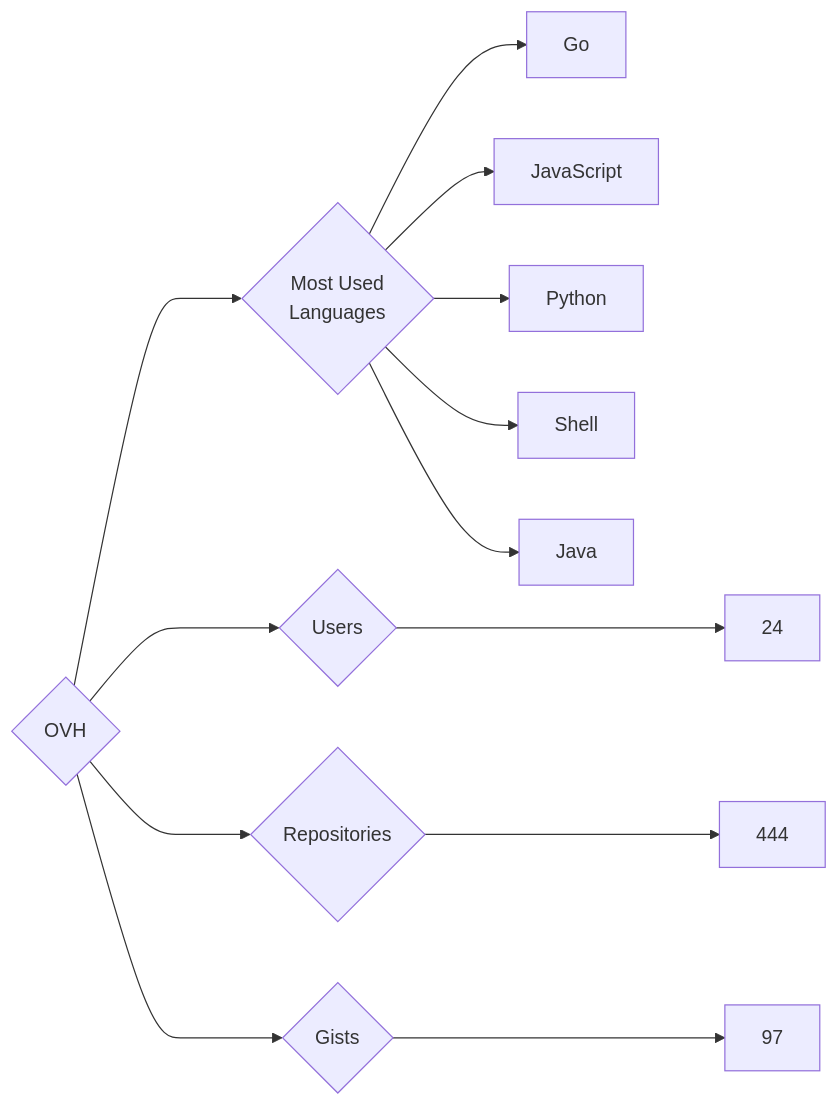
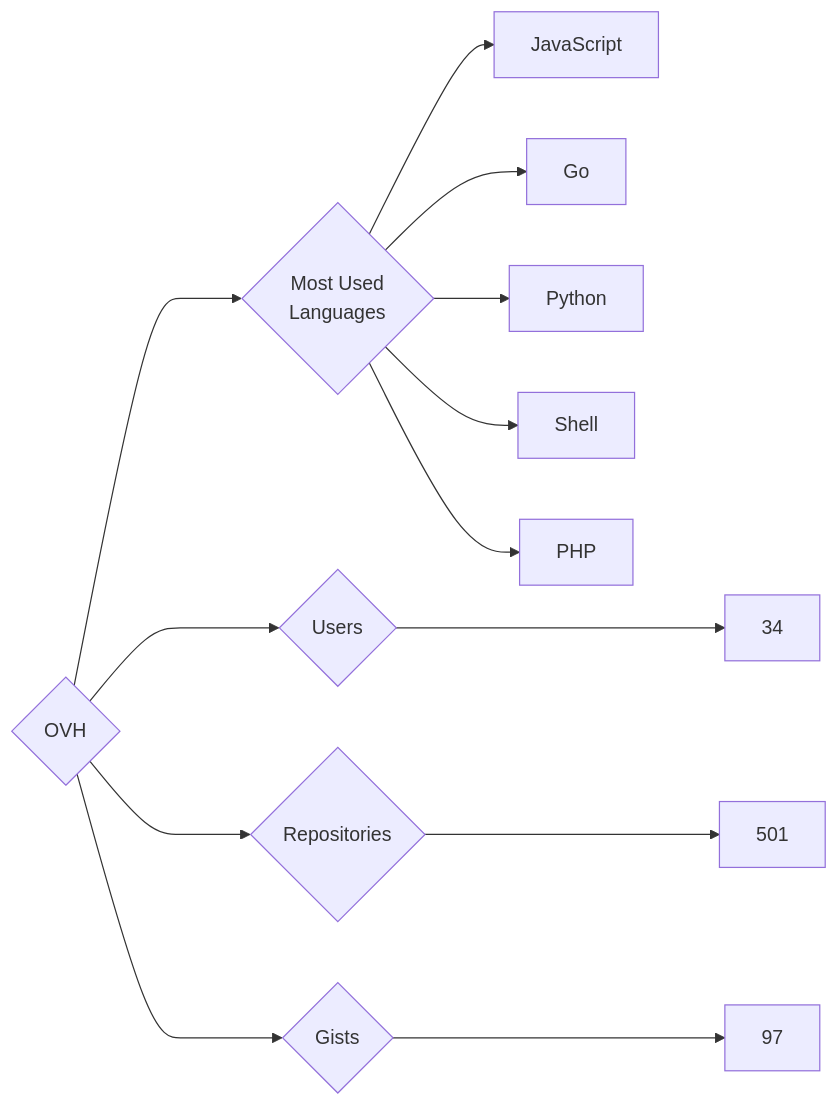
Before and after one commit to trickest/insiders: the diagram in targets/OVH/README.md, drawn with Mermaid. The commit also changed 972 other files, not shown here.

````diff
--- a/targets/OVH/README.md
+++ b/targets/OVH/README.md
@@ -3,13 +3,13 @@
 ```mermaid
 graph LR
 COMPANY_NAME{OVH}
-COMPANY_NAME ---> U{Users} ---> UN[24]
-COMPANY_NAME ---> R{Repositories} ---> RN[444]
+COMPANY_NAME ---> U{Users} ---> UN[34]
+COMPANY_NAME ---> R{Repositories} ---> RN[501]
 COMPANY_NAME ---> G{Gists} ---> GN[97]
 COMPANY_NAME ---> ML{Most Used<br>Languages}
+ML --> JavaScript[JavaScript]
 ML --> Go[Go]
-ML --> JavaScript[JavaScript]
 ML --> Python[Python]
 ML --> Shell[Shell]
-ML --> Java[Java]
+ML --> PHP[PHP]
 ```
````
